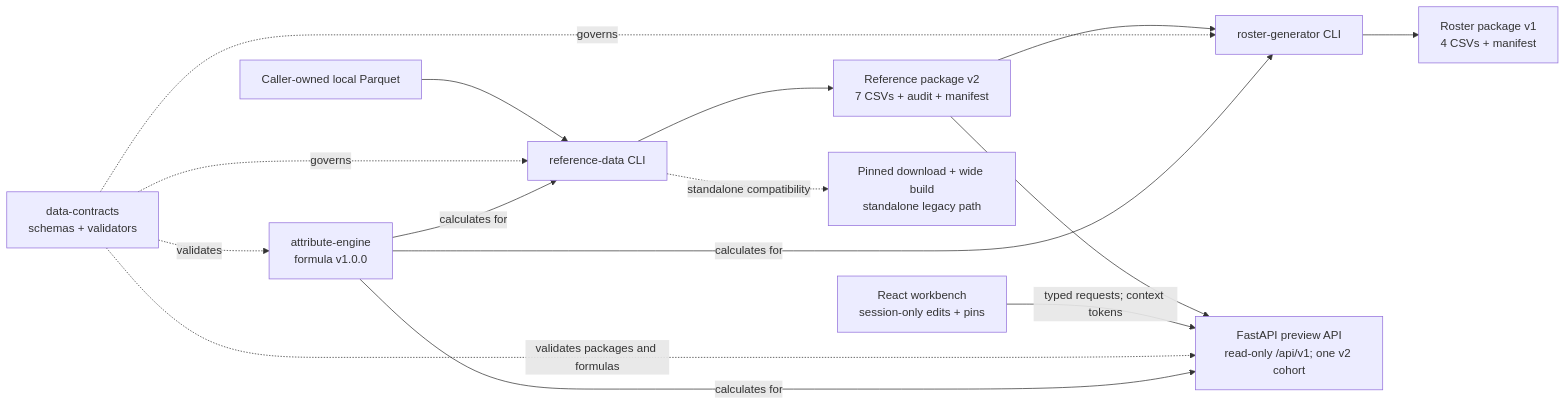
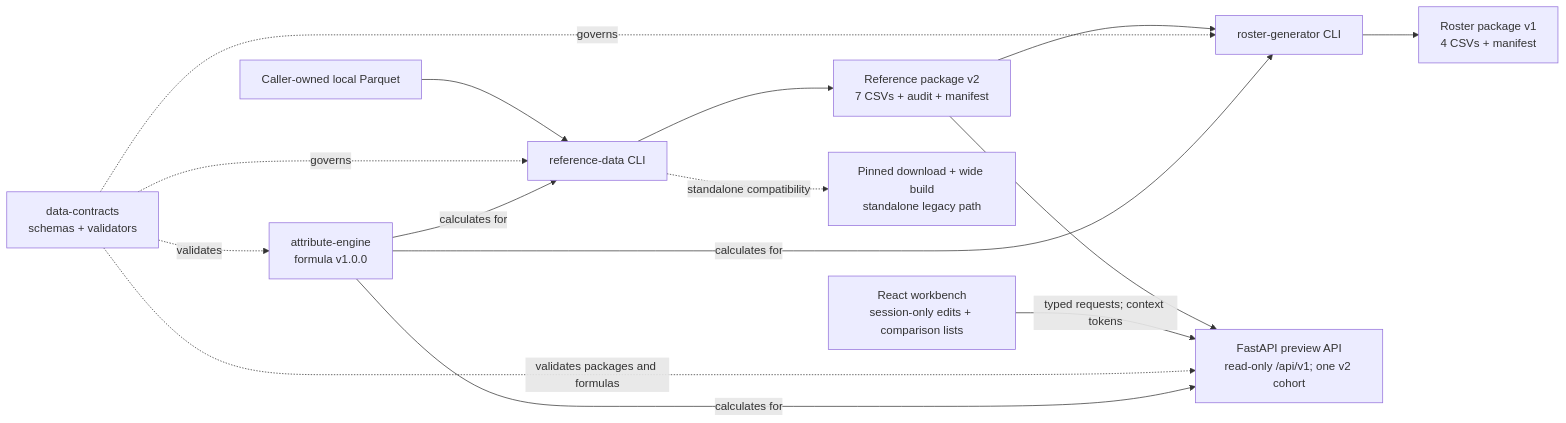
Before and after one commit to jimmie-potts/player-generator: the first of 4 diagrams in docs/presentations/PLAYER_GENERATOR_TECHNICAL_OVERVIEW.md, drawn with Mermaid. The commit also changed other lines of this file and 34 other files, not shown here.

````diff
--- a/docs/presentations/PLAYER_GENERATOR_TECHNICAL_OVERVIEW.md
+++ b/docs/presentations/PLAYER_GENERATOR_TECHNICAL_OVERVIEW.md
@@ -75,25 +75,25 @@
 ```mermaid
 flowchart LR
     local["Caller-owned local Parquet"]
     reference["reference-data CLI"]
     refpkg["Reference package v2<br/>7 CSVs + audit + manifest"]
     roster["roster-generator CLI"]
     rosterpkg["Roster package v1<br/>4 CSVs + manifest"]
     contracts["data-contracts<br/>schemas + validators"]
     engine["attribute-engine<br/>formula v1.0.0"]
     api["FastAPI preview API<br/>read-only /api/v1; one v2 cohort"]
-    workbench["React workbench<br/>session-only edits + pins"]
+    workbench["React workbench<br/>session-only edits + comparison lists"]
     legacy["Pinned download + wide build<br/>standalone legacy path"]
 
     local --> reference --> refpkg --> roster --> rosterpkg
     refpkg --> api
     workbench -->|typed requests; context tokens| api
     contracts -. governs .-> reference
     contracts -. governs .-> roster
     contracts -. validates packages and formulas .-> api
     contracts -. validates .-> engine
     engine -->|calculates for| reference
     engine -->|calculates for| roster
     engine -->|calculates for| api
     reference -. standalone compatibility .-> legacy
 ```
````
